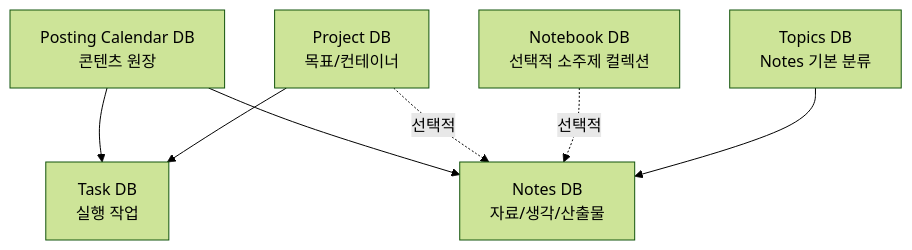
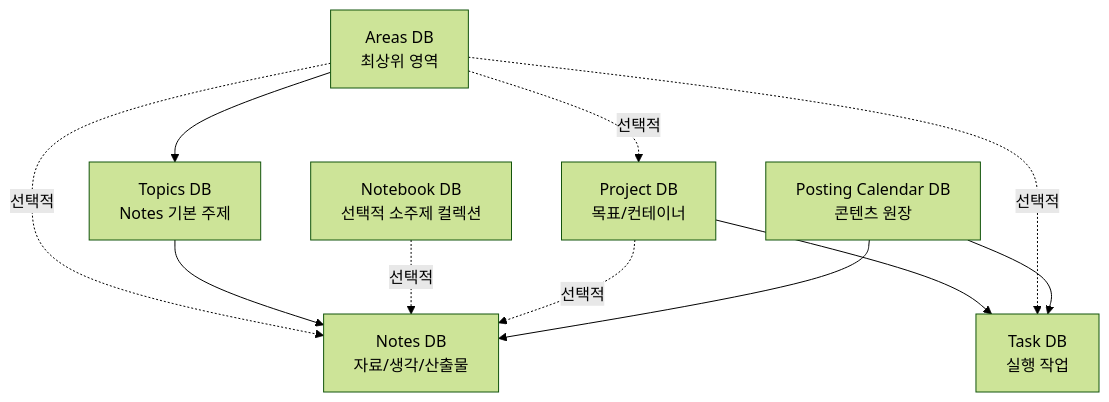
The diagram in docs/superpowers/specs/2026-06-09-notion-db-constitution-design.md (visualbridge7188/codex-loopy-harness), drawn with Mermaid (forest theme) before and after one commit. The commit also changed other lines of this file and 1 other file, not shown here.

Commit message:
docs: inventory notion db schema

````diff
--- a/docs/superpowers/specs/2026-06-09-notion-db-constitution-design.md
+++ b/docs/superpowers/specs/2026-06-09-notion-db-constitution-design.md
@@ -26,16 +27,21 @@
 ```mermaid
 graph TD
   Project["Project DB<br/>목표/컨테이너"]
   Task["Task DB<br/>실행 작업"]
   Note["Notes DB<br/>자료/생각/산출물"]
-  Topic["Topics DB<br/>Notes 기본 분류"]
+  Area["Areas DB<br/>최상위 영역"]
+  Topic["Topics DB<br/>Notes 기본 주제"]
   Notebook["Notebook DB<br/>선택적 소주제 컬렉션"]
   Posting["Posting Calendar DB<br/>콘텐츠 원장"]
 
   Project --> Task
+  Area --> Topic
+  Area -.선택적.-> Project
+  Area -.선택적.-> Task
+  Area -.선택적.-> Note
   Topic --> Note
   Notebook -.선택적.-> Note
   Project -.선택적.-> Note
   Posting --> Task
   Posting --> Note
 ```
````
